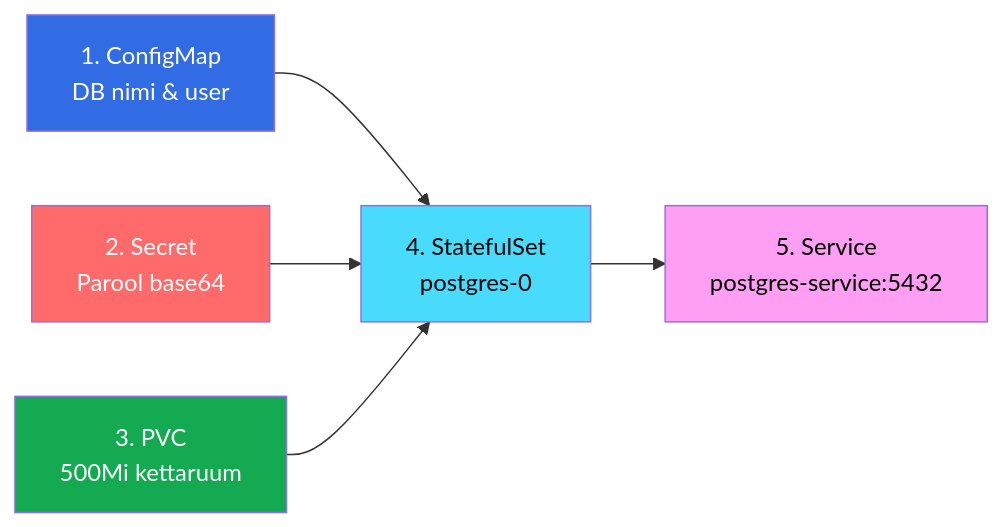
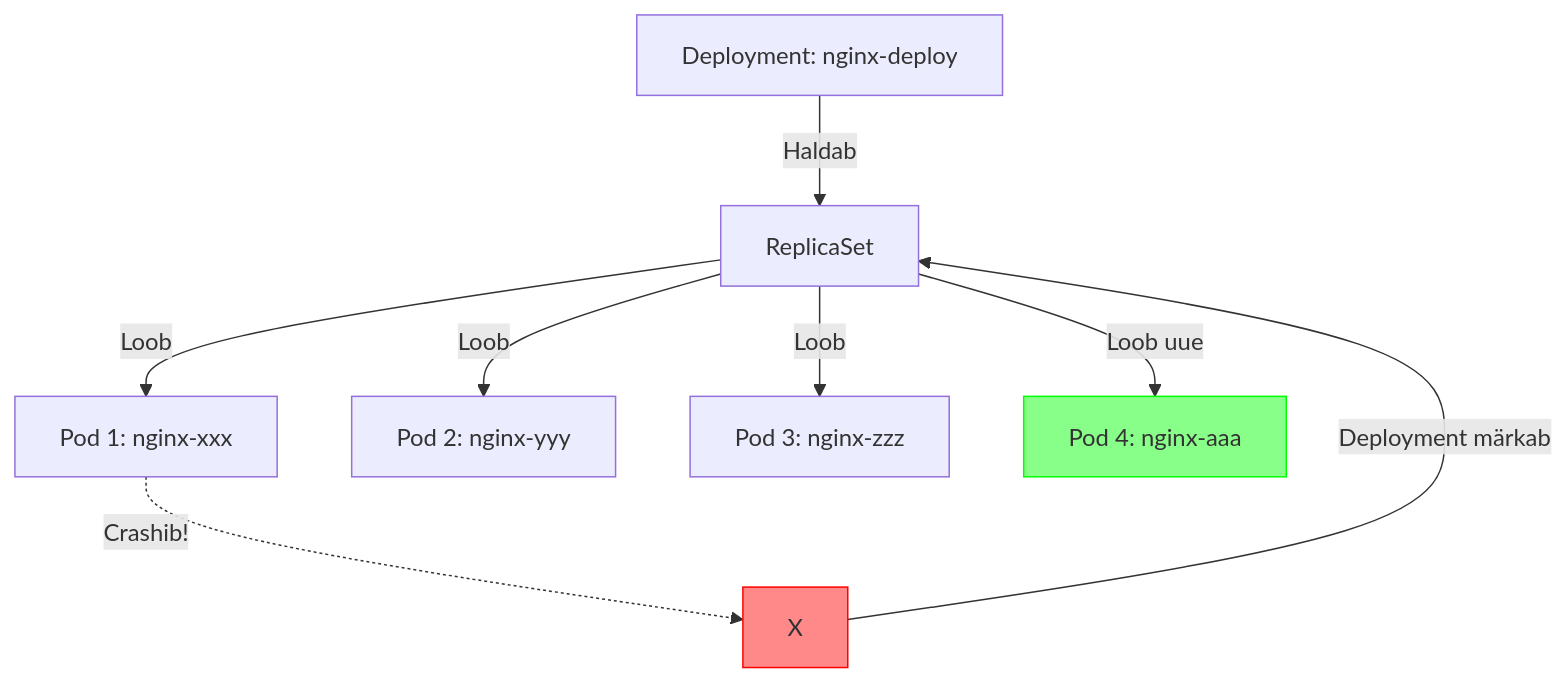
Before and after one commit to mtalvik/automatiseerimine_ext: the third of 7 diagrams in docs/kubernetes/labor.md, drawn with Mermaid. The commit also changed other lines of this file and 5 other files, not shown here.

````diff
--- a/docs/kubernetes/labor.md
+++ b/docs/kubernetes/labor.md
@@ -301,13 +232,14 @@
 ```mermaid
-graph LR
-    A[1. ConfigMap<br/>DB nimi & user] --> E[4. StatefulSet<br/>postgres-0]
-    B[2. Secret<br/>Parool base64] --> E
-    C[3. PVC<br/>500Mi kettaruum] --> E
-    E --> D[5. Service<br/>postgres-service:5432]
+graph TD
+    A[Deployment: nginx-deploy] -->|Haldab| B[ReplicaSet]
+    B -->|Loob| C[Pod 1: nginx-xxx]
+    B -->|Loob| D[Pod 2: nginx-yyy]
+    B -->|Loob| E[Pod 3: nginx-zzz]
     
-    style A fill:#326ce5,color:#fff
-    style B fill:#ff6b6b,color:#fff
-    style C fill:#13aa52,color:#fff
-    style E fill:#48dbfb,color:#000
-    style D fill:#ff9ff3,color:#000
+    C -.->|Crashib!| F[X]
+    F -->|Deployment märkab| B
+    B -->|Loob uue| G[Pod 4: nginx-aaa]
+    
+    style F fill:#f88,stroke:#f00
+    style G fill:#8f8,stroke:#0f0
 ```
````
